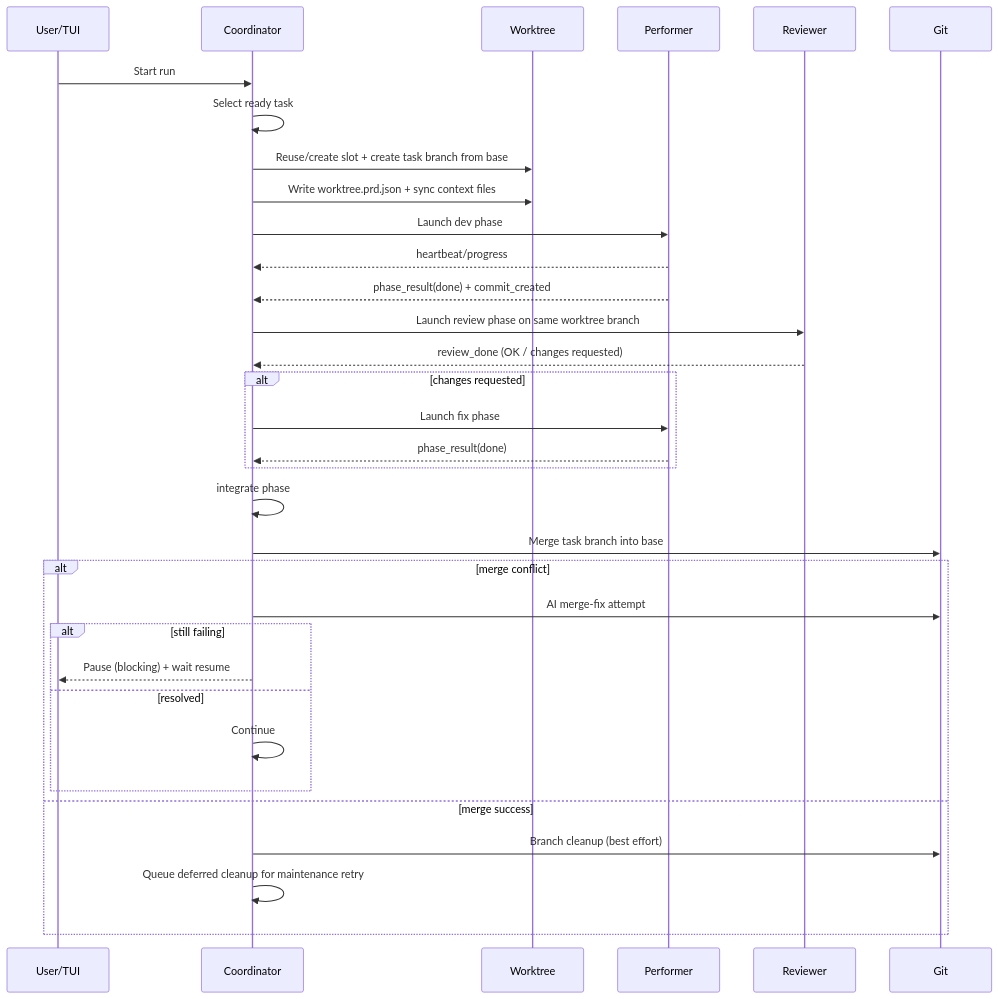
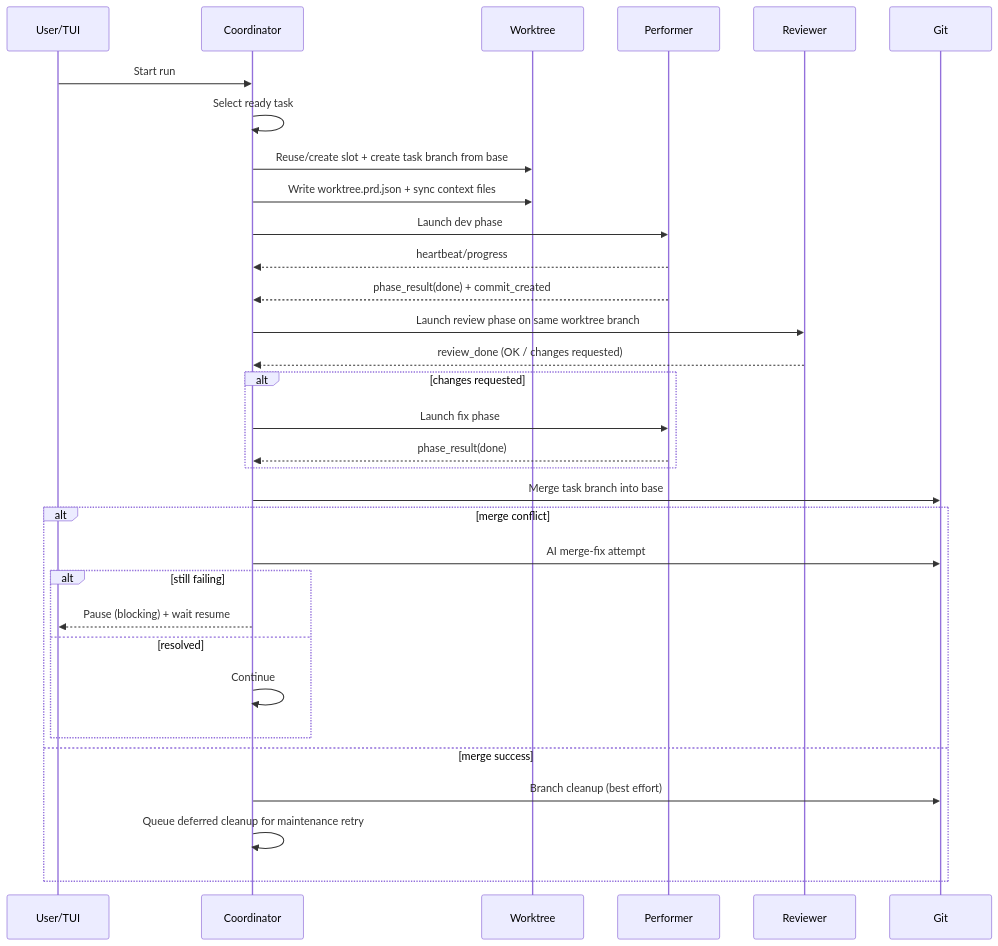
The second of 2 diagrams in MACC.md (mod-one/macc), drawn with Mermaid before and after one commit. The commit also changed other lines of this file and 13 other files, not shown here.

````diff
--- a/MACC.md
+++ b/MACC.md
@@ -369,36 +369,35 @@
 ```mermaid
 sequenceDiagram
     participant U as User/TUI
     participant C as Coordinator
     participant W as Worktree
     participant P as Performer
     participant R as Reviewer
     participant G as Git
 
     U->>C: Start run
     C->>C: Select ready task
     C->>W: Reuse/create slot + create task branch from base
     C->>W: Write worktree.prd.json + sync context files
     C->>P: Launch dev phase
     P-->>C: heartbeat/progress
     P-->>C: phase_result(done) + commit_created
     C->>R: Launch review phase on same worktree branch
     R-->>C: review_done (OK / changes requested)
     alt changes requested
         C->>P: Launch fix phase
         P-->>C: phase_result(done)
     end
-    C->>C: integrate phase
     C->>G: Merge task branch into base
     alt merge conflict
         C->>G: AI merge-fix attempt
         alt still failing
             C-->>U: Pause (blocking) + wait resume
         else resolved
             C->>C: Continue
         end
     else merge success
         C->>G: Branch cleanup (best effort)
         C->>C: Queue deferred cleanup for maintenance retry
     end
 ```
````
